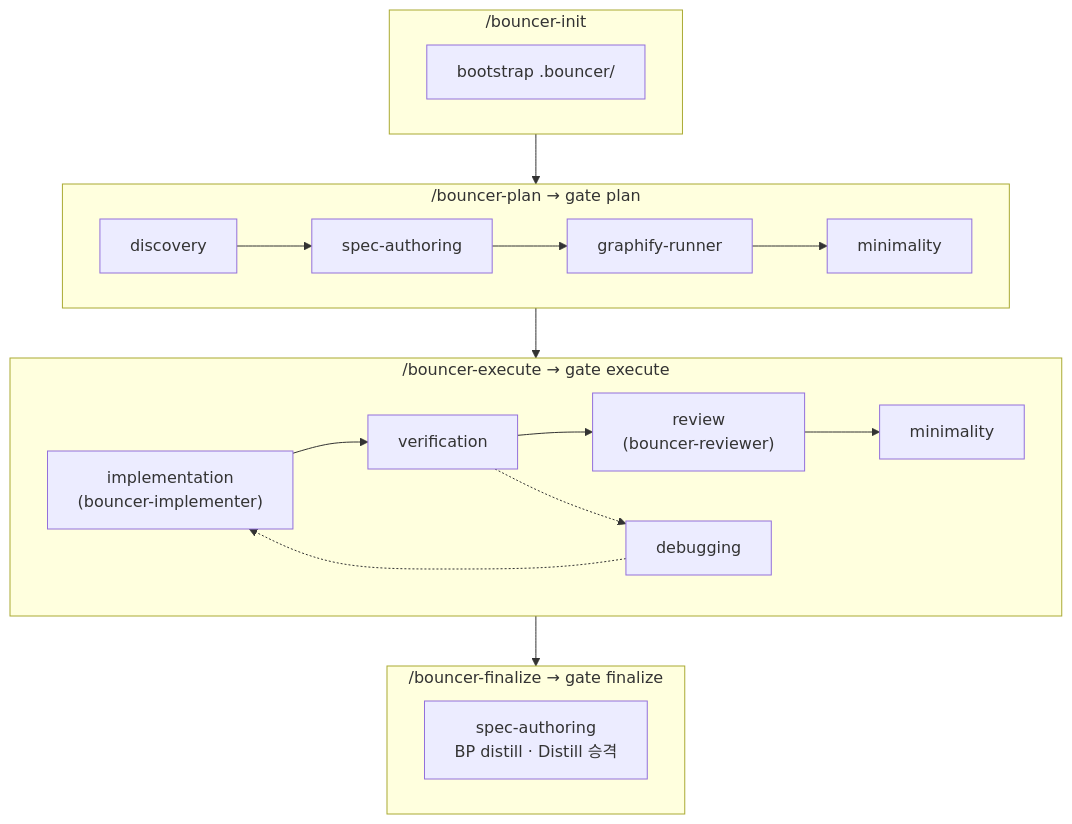
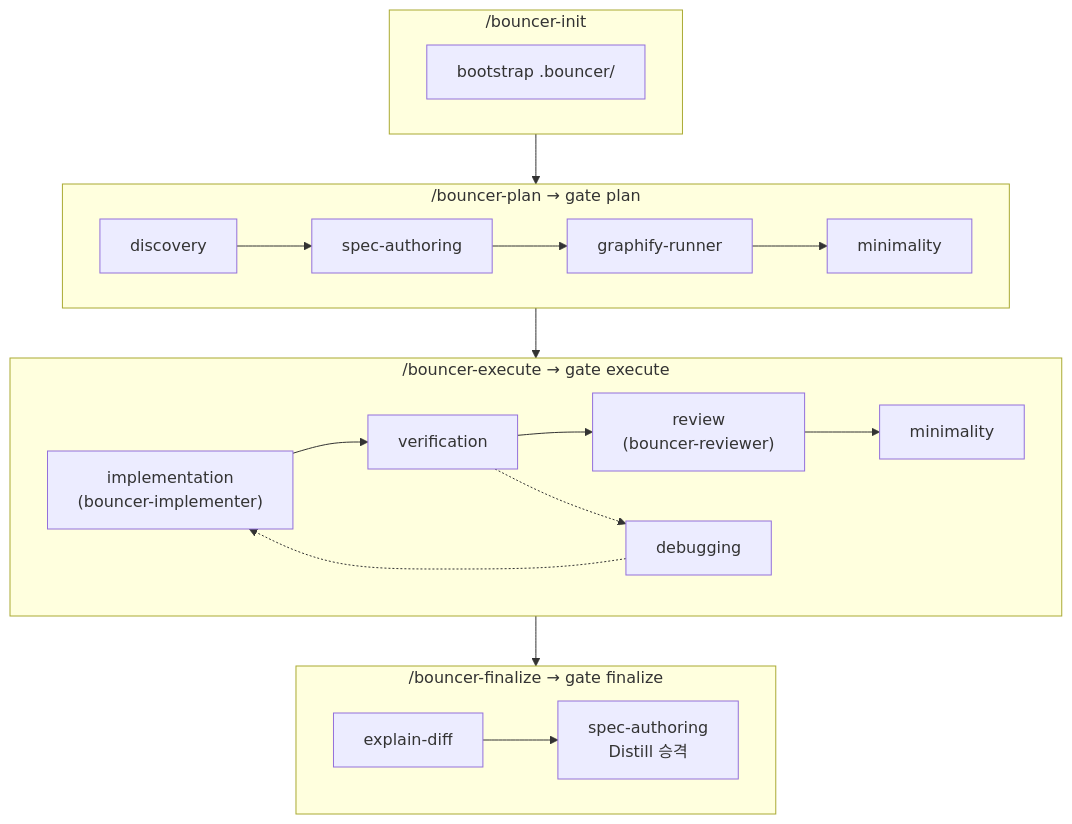
The diagram in README.md (cheongfish/bouncer), drawn with Mermaid before and after one commit. The commit also changed other lines of this file and 16 other files, not shown here.

First line of the commit message:
feat: explain-diff 스킬을 신설하고 마감 단계에 설명·퀴즈·이해 기록을 배선함

````diff
--- a/README.md
+++ b/README.md
@@ -34,28 +34,28 @@
 ```mermaid
 flowchart TB
   subgraph init["/bouncer-init"]
     BI["bootstrap .bouncer/"]
   end
 
   subgraph plan["/bouncer-plan → gate plan"]
     direction LR
     D[discovery] --> SA1[spec-authoring]
     SA1 --> GR[graphify-runner]
     GR --> M1[minimality]
   end
 
   subgraph exec["/bouncer-execute → gate execute"]
     direction LR
     IMP["implementation<br/>(bouncer-implementer)"] --> VER[verification]
     VER --> REV["review<br/>(bouncer-reviewer)"]
     VER -.-> DBG[debugging]
     DBG -.-> IMP
     REV --> M2[minimality]
   end
 
   subgraph fin["/bouncer-finalize → gate finalize"]
-    SA2["spec-authoring<br/>BP distill · Distill 승격"]
+    ED[explain-diff] --> SA2["spec-authoring<br/>Distill 승격"]
   end
 
   init --> plan --> exec --> fin
 ```
````
